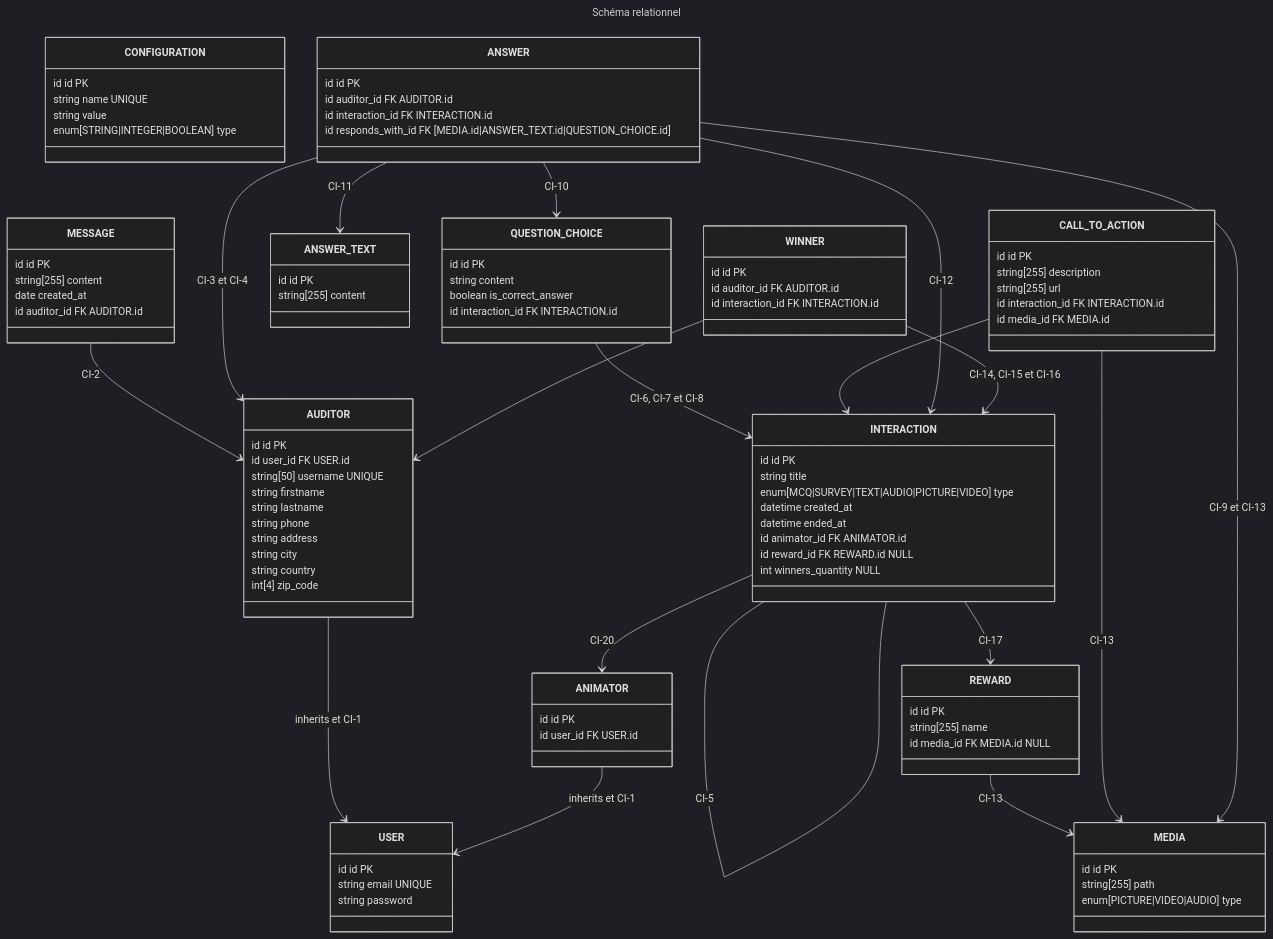
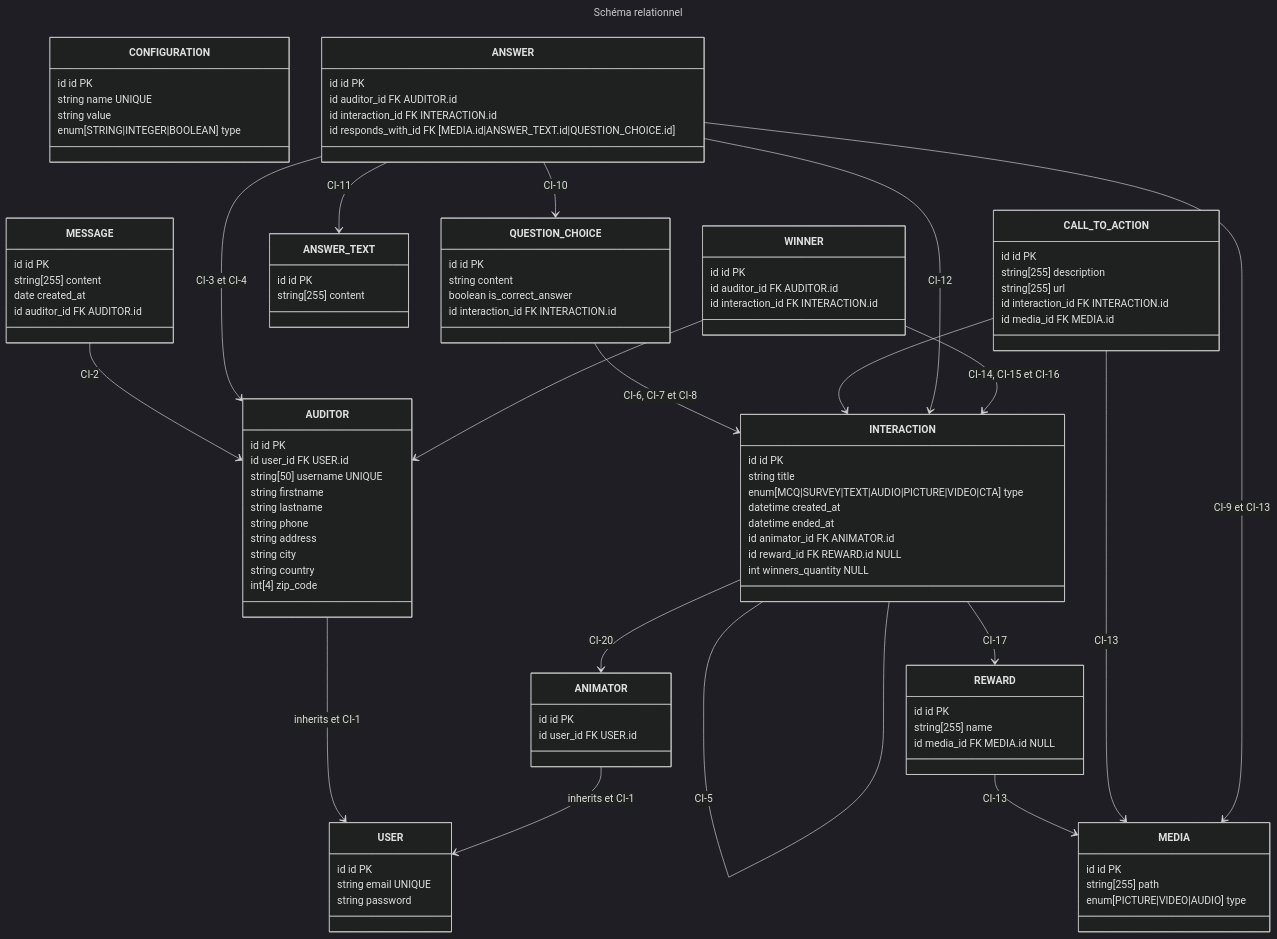
One commit to C-Super/couleur3 changed the diagram in docs/database/relational-schema.md. Above: the diagram before and after it, drawn with Mermaid (dark theme). The commit also changed 1 other file, not shown here.

Commit message:
Ajout du type CTA pour une interaction

```diff
--- a/docs/database/relational-schema.md
+++ b/docs/database/relational-schema.md
@@ -51,7 +51,7 @@
     class INTERACTION {
         id id PK
         string title
-        enum[MCQ|SURVEY|TEXT|AUDIO|PICTURE|VIDEO] type
+        enum[MCQ|SURVEY|TEXT|AUDIO|PICTURE|VIDEO|CTA] type
         datetime created_at
         datetime ended_at
         id animator_id FK ANIMATOR.id
```
